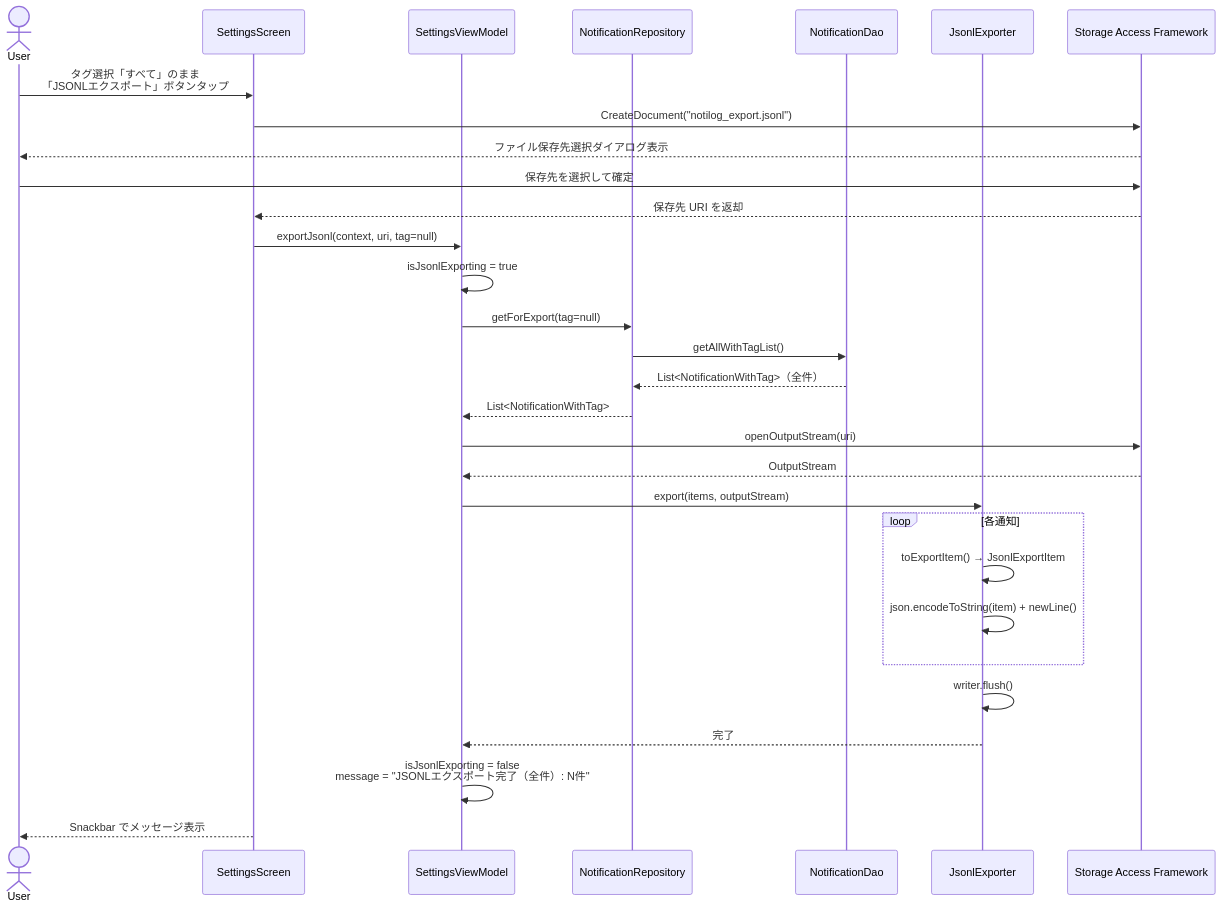
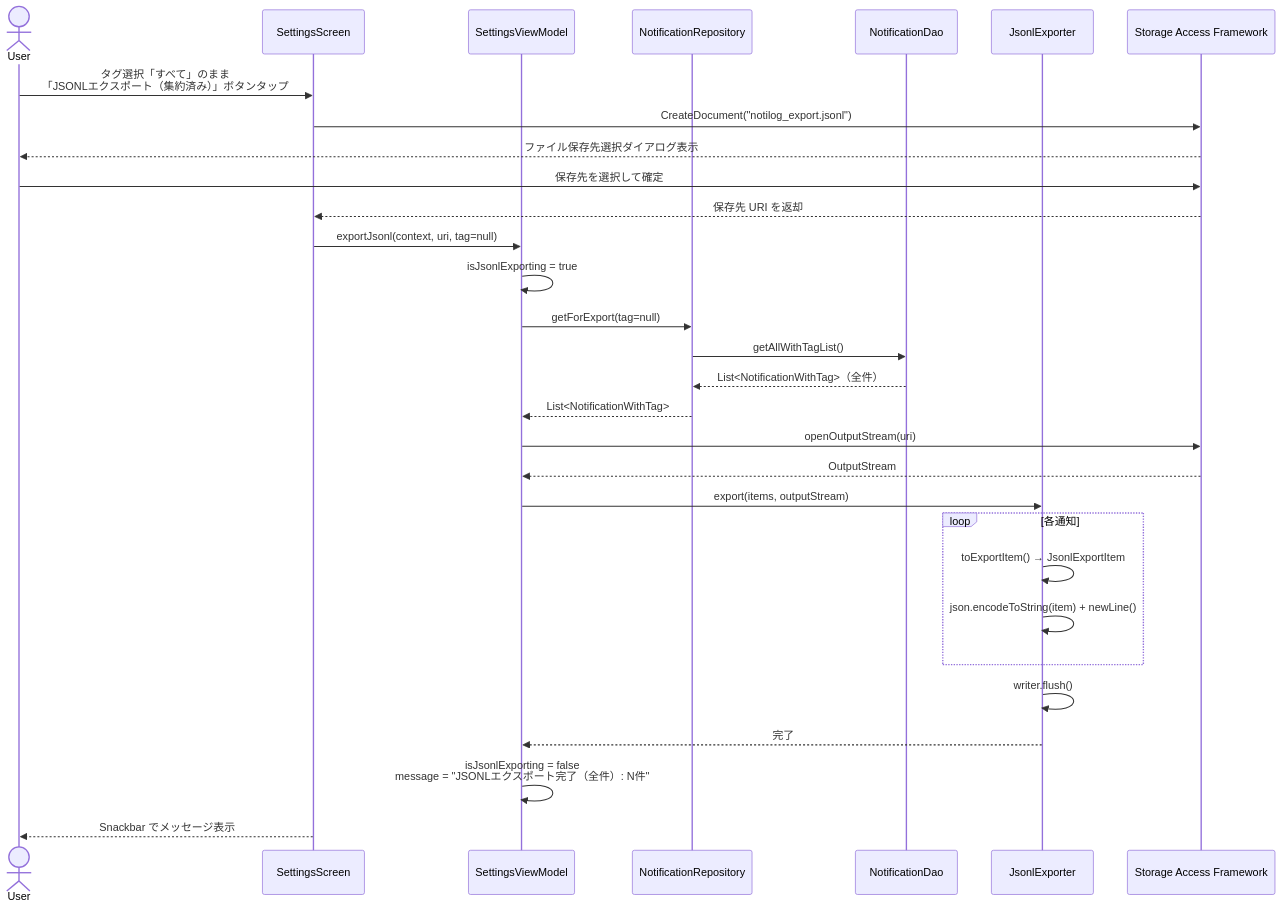
One commit to nakasho-dev/NotiLog changed the first of 3 diagrams in docs/sequence-jsonl-export.md. Above: the diagram before and after it, drawn with Mermaid. The commit also changed other lines of this file and 19 other files, not shown here.

````diff
--- a/docs/sequence-jsonl-export.md
+++ b/docs/sequence-jsonl-export.md
@@ -10,38 +10,38 @@
 ```mermaid
 sequenceDiagram
     actor User
     participant SettingsScreen
     participant SettingsViewModel
     participant NotificationRepository
     participant NotificationDao
     participant JsonlExporter
     participant SAF as Storage Access Framework
 
-    User->>SettingsScreen: タグ選択「すべて」のまま<br/>「JSONLエクスポート」ボタンタップ
+    User->>SettingsScreen: タグ選択「すべて」のまま<br/>「JSONLエクスポート（集約済み）」ボタンタップ
     SettingsScreen->>SAF: CreateDocument("notilog_export.jsonl")
     SAF-->>User: ファイル保存先選択ダイアログ表示
     User->>SAF: 保存先を選択して確定
     SAF-->>SettingsScreen: 保存先 URI を返却
 
     SettingsScreen->>SettingsViewModel: exportJsonl(context, uri, tag=null)
     SettingsViewModel->>SettingsViewModel: isJsonlExporting = true
 
     SettingsViewModel->>NotificationRepository: getForExport(tag=null)
     NotificationRepository->>NotificationDao: getAllWithTagList()
     NotificationDao-->>NotificationRepository: List<NotificationWithTag>（全件）
     NotificationRepository-->>SettingsViewModel: List<NotificationWithTag>
 
     SettingsViewModel->>SAF: openOutputStream(uri)
     SAF-->>SettingsViewModel: OutputStream
 
     SettingsViewModel->>JsonlExporter: export(items, outputStream)
     loop 各通知
         JsonlExporter->>JsonlExporter: toExportItem() → JsonlExportItem
         JsonlExporter->>JsonlExporter: json.encodeToString(item) + newLine()
     end
     JsonlExporter->>JsonlExporter: writer.flush()
     JsonlExporter-->>SettingsViewModel: 完了
 
     SettingsViewModel->>SettingsViewModel: isJsonlExporting = false<br/>message = "JSONLエクスポート完了（全件）: N件"
     SettingsScreen-->>User: Snackbar でメッセージ表示
 ```
````
